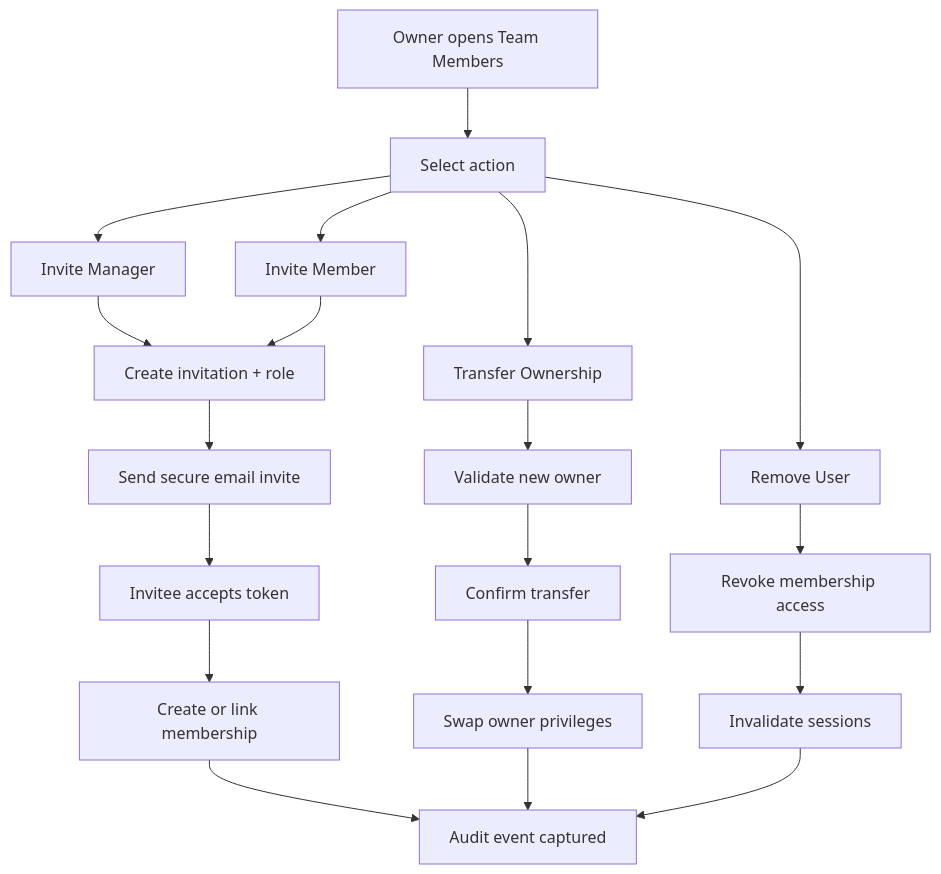
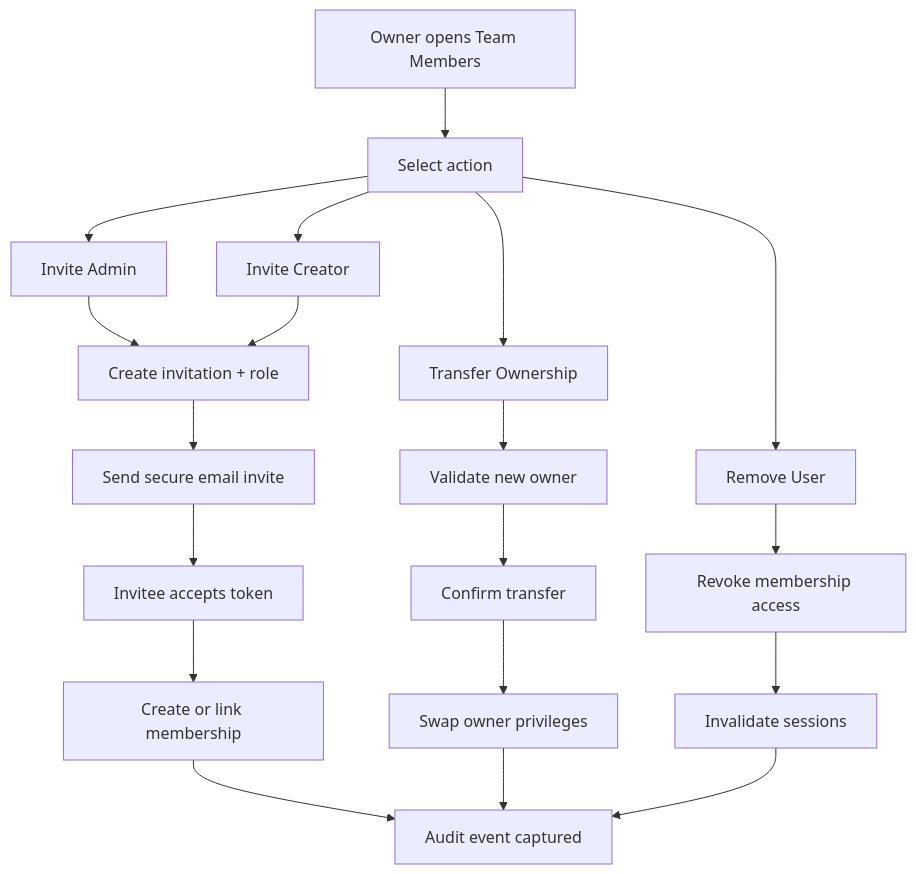
Before and after one commit to Rahul-pamula/ShrFlow: diagram 13 of 21 in docs/phases/phase_wise_plan.md, drawn with Mermaid. The commit also changed other lines of this file, not shown here.

````diff
--- a/docs/phases/phase_wise_plan.md
+++ b/docs/phases/phase_wise_plan.md
@@ -1604,21 +1741,21 @@
 ```mermaid
 flowchart TD
     A[Owner opens Team Members] --> B[Select action]
-    B --> C[Invite Manager]
-    B --> D[Invite Member]
+    B --> C[Invite Admin]
+    B --> D[Invite Creator]
     B --> E[Transfer Ownership]
     B --> F[Remove User]
     C --> G[Create invitation + role]
     D --> G
     G --> H[Send secure email invite]
     H --> I[Invitee accepts token]
     I --> J[Create or link membership]
     J --> K[Audit event captured]
     E --> L[Validate new owner]
     L --> M[Confirm transfer]
     M --> N[Swap owner privileges]
     N --> K
     F --> O[Revoke membership access]
     O --> P[Invalidate sessions]
     P --> K
 ```
````
